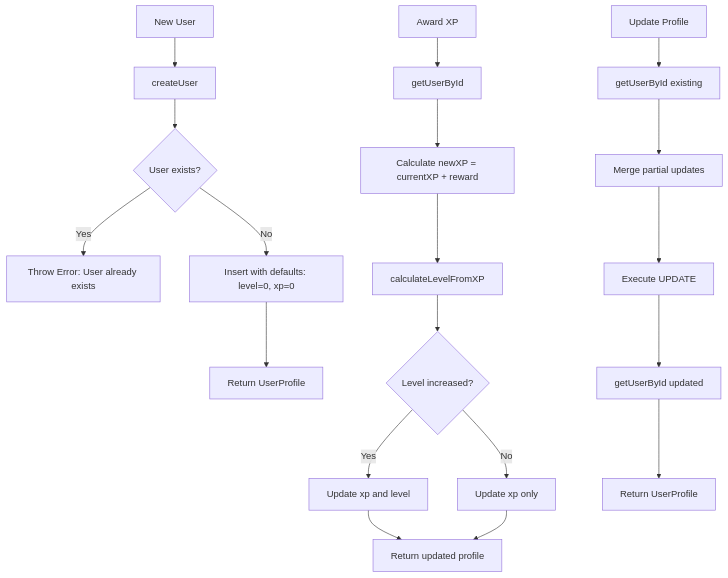
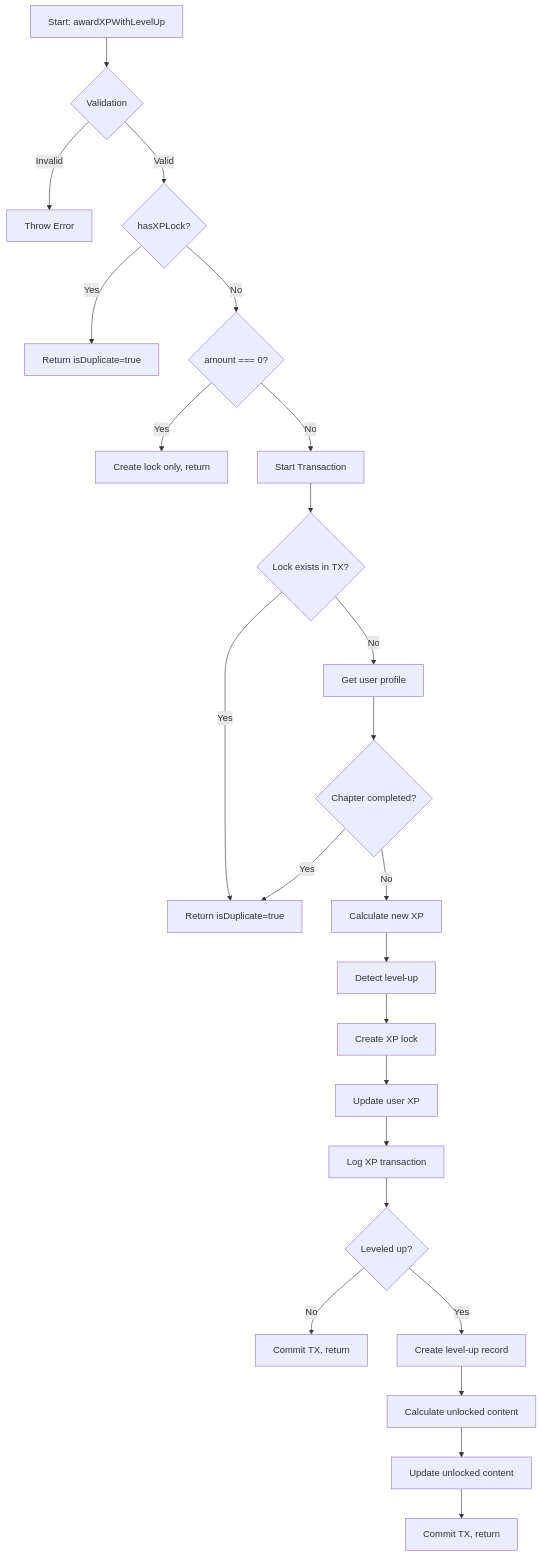
The first of 2 diagrams in docs/structure_module_infoMD/Core Service Modules/user-repository_module_info.md (CongJie-Pan/TheChamber_Of_RedMansion_FireBaseStudio), drawn with Mermaid before and after one commit. The commit also changed other lines of this file and 1 other file, not shown here.

First line of the commit message:
docs(sqlite-016): comprehensive documentation for dual-mode architecture and repository layer enhancements

````diff
--- a/docs/structure_module_infoMD/Core Service Modules/user-repository_module_info.md
+++ b/docs/structure_module_infoMD/Core Service Modules/user-repository_module_info.md
@@ -54,23 +345,26 @@
 ```mermaid
 flowchart TD
-    A[New User] --> B[createUser];
-    B --> C{User exists?};
-    C -- Yes --> D[Throw Error: User already exists];
-    C -- No --> E[Insert with defaults: level=0, xp=0];
-    E --> F[Return UserProfile];
-
-    G[Award XP] --> H[getUserById];
-    H --> I[Calculate newXP = currentXP + reward];
-    I --> J[calculateLevelFromXP];
-    J --> K{Level increased?};
-    K -- Yes --> L[Update xp and level];
-    K -- No --> M[Update xp only];
-    L --> N[Return updated profile];
-    M --> N;
-
-    O[Update Profile] --> P[getUserById existing];
-    P --> Q[Merge partial updates];
-    Q --> R[Execute UPDATE];
-    R --> S[getUserById updated];
-    S --> T[Return UserProfile];
+    A[Start: awardXPWithLevelUp] --> B{Validation};
+    B -- Invalid --> C[Throw Error];
+    B -- Valid --> D{hasXPLock?};
+    D -- Yes --> E[Return isDuplicate=true];
+    D -- No --> F{amount === 0?};
+    F -- Yes --> G[Create lock only, return];
+    F -- No --> H[Start Transaction];
+    H --> I{Lock exists in TX?};
+    I -- Yes --> J[Return isDuplicate=true];
+    I -- No --> K[Get user profile];
+    K --> L{Chapter completed?};
+    L -- Yes --> J;
+    L -- No --> M[Calculate new XP];
+    M --> N[Detect level-up];
+    N --> O[Create XP lock];
+    O --> P[Update user XP];
+    P --> Q[Log XP transaction];
+    Q --> R{Leveled up?};
+    R -- No --> S[Commit TX, return];
+    R -- Yes --> T[Create level-up record];
+    T --> U[Calculate unlocked content];
+    U --> V[Update unlocked content];
+    V --> W[Commit TX, return];
 ```
````
